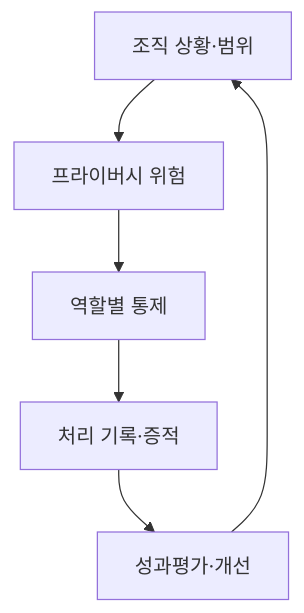
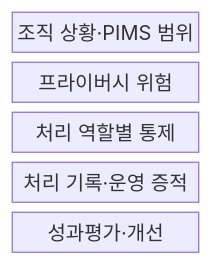
Before and after one commit to agnusdei1207/knowledge-base: the first of 2 diagrams in src/content/docs/notes/05-security/107_iso_27701.md, drawn with Mermaid. The commit also changed other lines of this file and 6 other files, not shown here.

````diff
--- a/src/content/docs/notes/05-security/107_iso_27701.md
+++ b/src/content/docs/notes/05-security/107_iso_27701.md
@@ -51,8 +53,9 @@
 ```mermaid
-flowchart TB
-  O["조직 상황·범위"] --> R["프라이버시 위험"]
-  R --> C["역할별 통제"]
-  C --> E["처리 기록·증적"]
-  E --> I["성과평가·개선"]
-  I --> O
+block-beta
+  columns 1
+  O["조직 상황·PIMS 범위"]
+  R["프라이버시 위험"]
+  C["처리 역할별 통제"]
+  E["처리 기록·운영 증적"]
+  I["성과평가·개선"]
 ```
````
